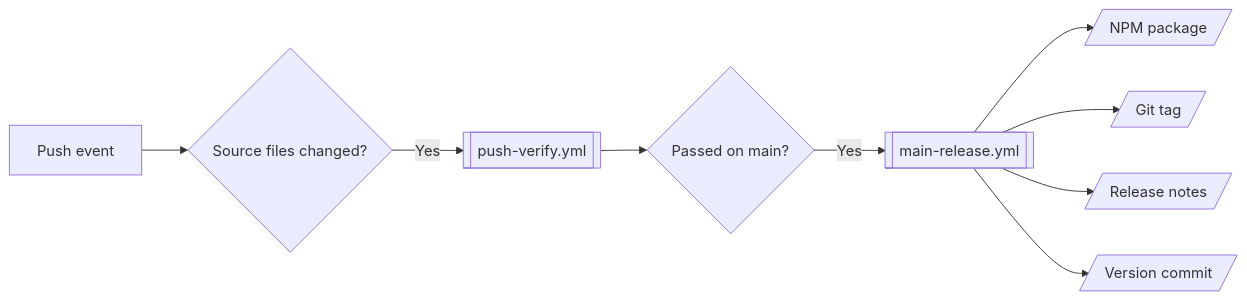
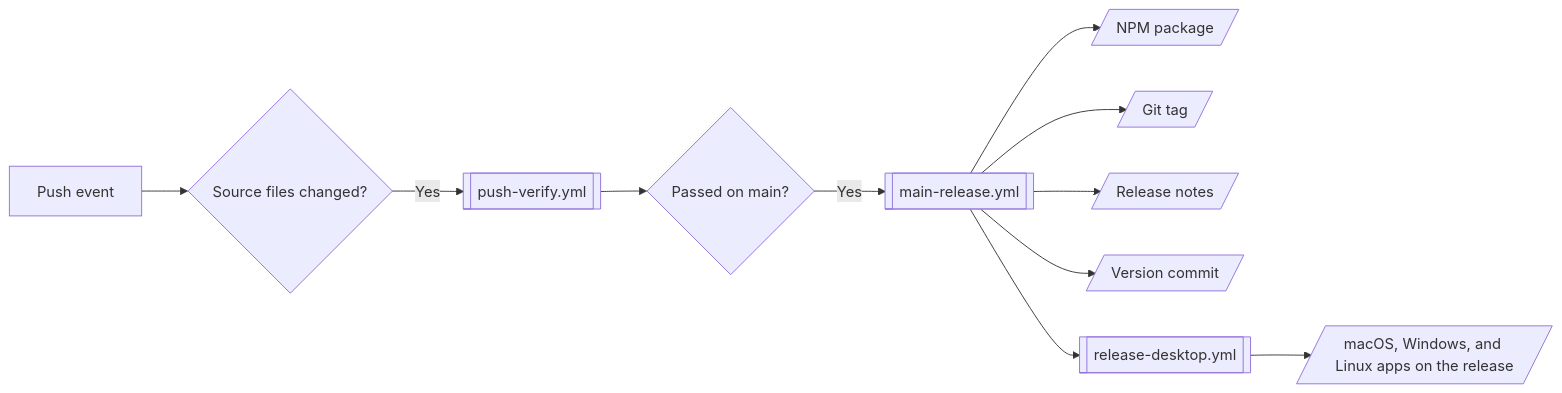
The diagram in .github/CONTRIBUTING.md (SiegeSailor/Terminal-Sigma), drawn with Mermaid before and after one commit. The commit also changed other lines of this file and 1 other file, not shown here.

Commit message:
docs: document the desktop app, languages, and logging

````diff
--- a/.github/CONTRIBUTING.md
+++ b/.github/CONTRIBUTING.md
@@ -73,11 +84,13 @@
 ```mermaid
 flowchart LR
   A[Push event] --> J{Source files changed?}
   J --> |Yes| B[[push-verify.yml]]
   B --> E{Passed on main?}
   E --> |Yes| F[[main-release.yml]]
   F --> H[/NPM package/]
   F --> I[/Git tag/]
   F --> G[/Release notes/]
   F --> K[/Version commit/]
+  F --> D[[release-desktop.yml]]
+  D --> L[/macOS, Windows, and Linux apps on the release/]
 ```
````
